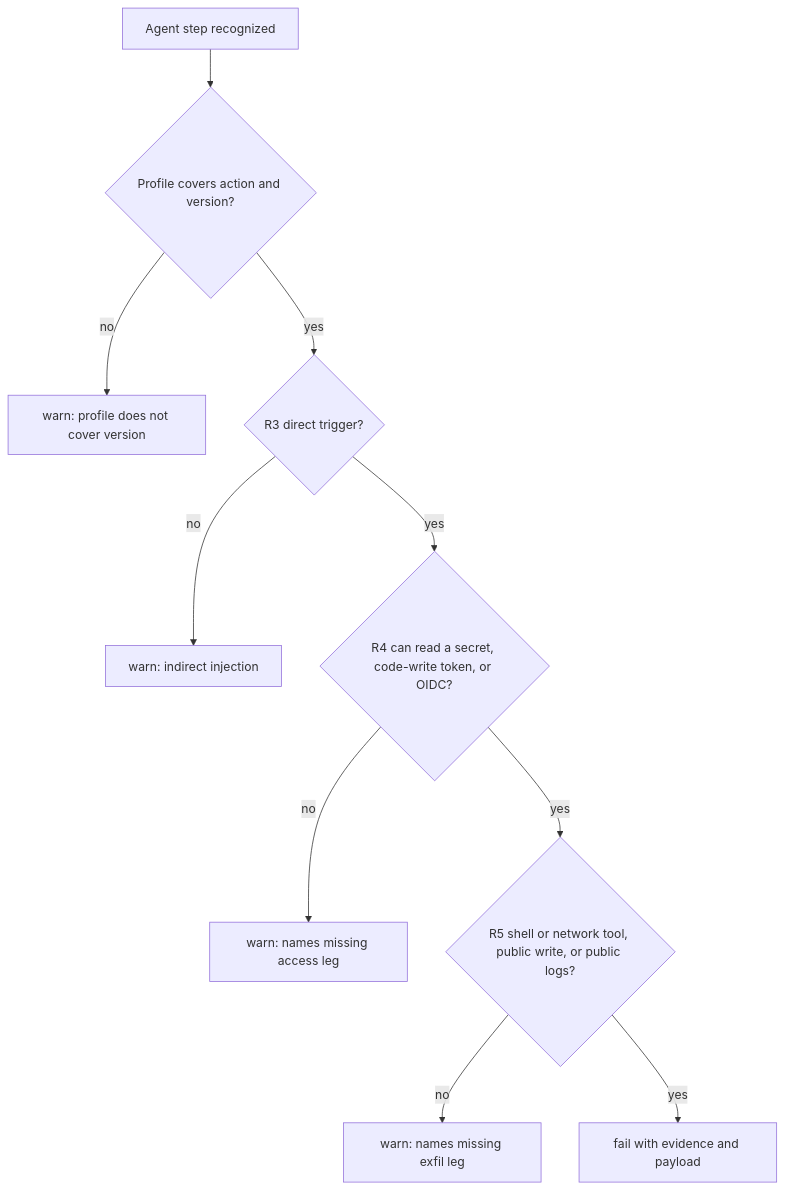
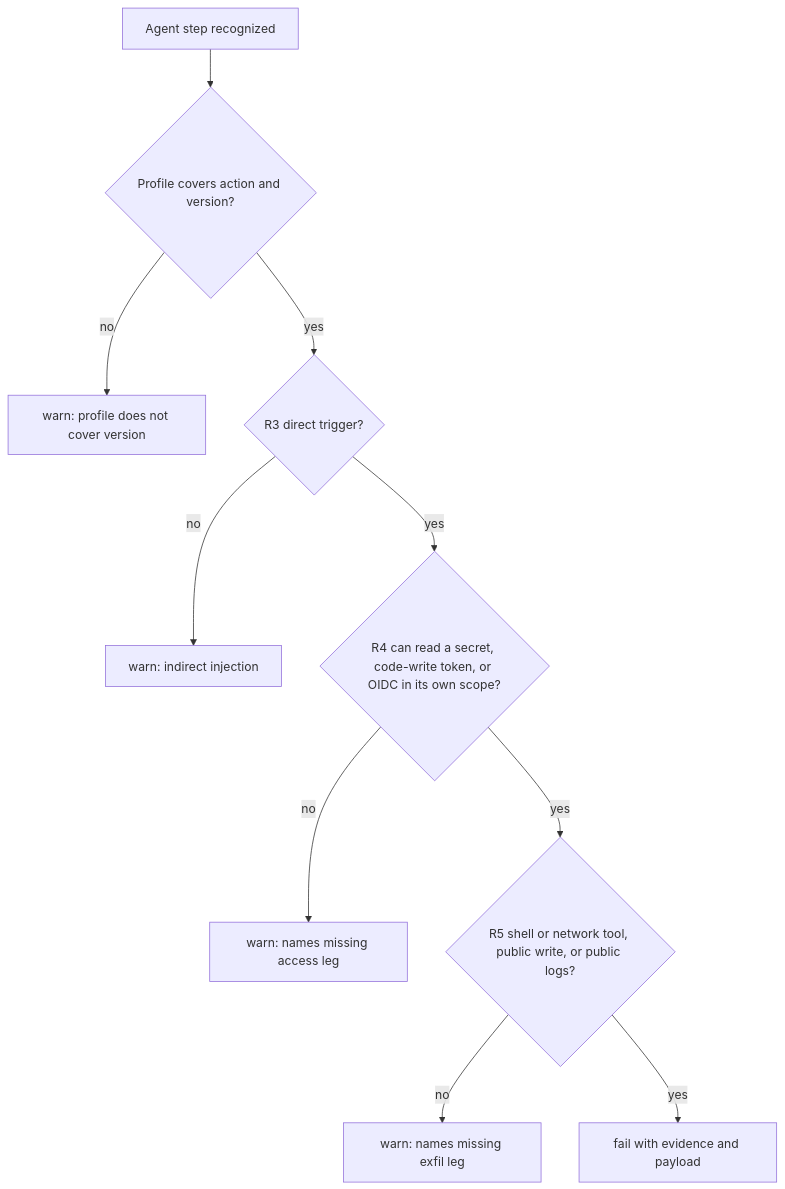
The diagram in docs/plans/2026-10-01-001-feat-agent-in-ci-model-plan.md (jwolberg/blastgate), drawn with Mermaid before and after one commit. The commit also changed other lines of this file and 7 other files, not shown here.

````diff
--- a/docs/plans/2026-10-01-001-feat-agent-in-ci-model-plan.md
+++ b/docs/plans/2026-10-01-001-feat-agent-in-ci-model-plan.md
@@ -149,12 +149,12 @@
 ```mermaid
 flowchart TB
   S[Agent step recognized] --> P{Profile covers action and version?}
   P -->|no| W1[warn: profile does not cover version]
   P -->|yes| D{R3 direct trigger?}
   D -->|no| W2[warn: indirect injection]
-  D -->|yes| A{R4 can read a secret, code-write token, or OIDC?}
+  D -->|yes| A{R4 can read a secret, code-write token, or OIDC in its own scope?}
   A -->|no| W3[warn: names missing access leg]
   A -->|yes| X{R5 shell or network tool, public write, or public logs?}
   X -->|no| W4[warn: names missing exfil leg]
   X -->|yes| F[fail with evidence and payload]
 ```
````
